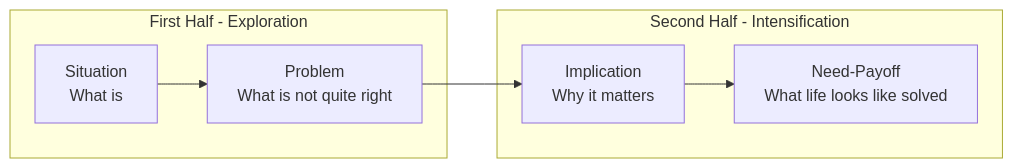
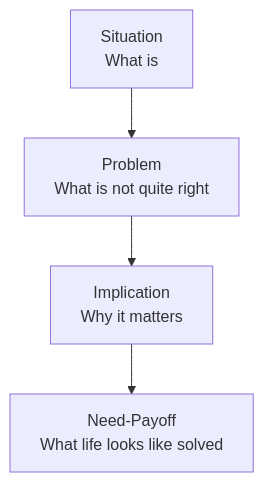
Before and after one commit to leotansingapore/aia-product-compass-hub: the first of 2 diagrams in docs/first-60-days/week-8/day-48.md, drawn with Mermaid. The commit also changed other lines of this file and 56 other files, not shown here.

Commit message:
Readability pass across first-60-days: styled HTML to tables/diagrams, cleaner formatting, no leaked metadata

````diff
--- a/docs/first-60-days/week-8/day-48.md
+++ b/docs/first-60-days/week-8/day-48.md
@@ -47,12 +33,6 @@
 ```mermaid
-flowchart LR
-    subgraph Exploration["First Half - Exploration"]
-        S["Situation<br/>What is"]
-        P["Problem<br/>What is not quite right"]
-    end
-    subgraph Intensification["Second Half - Intensification"]
-        I["Implication<br/>Why it matters"]
-        N["Need-Payoff<br/>What life looks like solved"]
-    end
-    S --> P --> I --> N
+flowchart TD
+    S["Situation<br/>What is"] --> P["Problem<br/>What is not quite right"]
+    P --> I["Implication<br/>Why it matters"]
+    I --> N["Need-Payoff<br/>What life looks like solved"]
 ```
````
